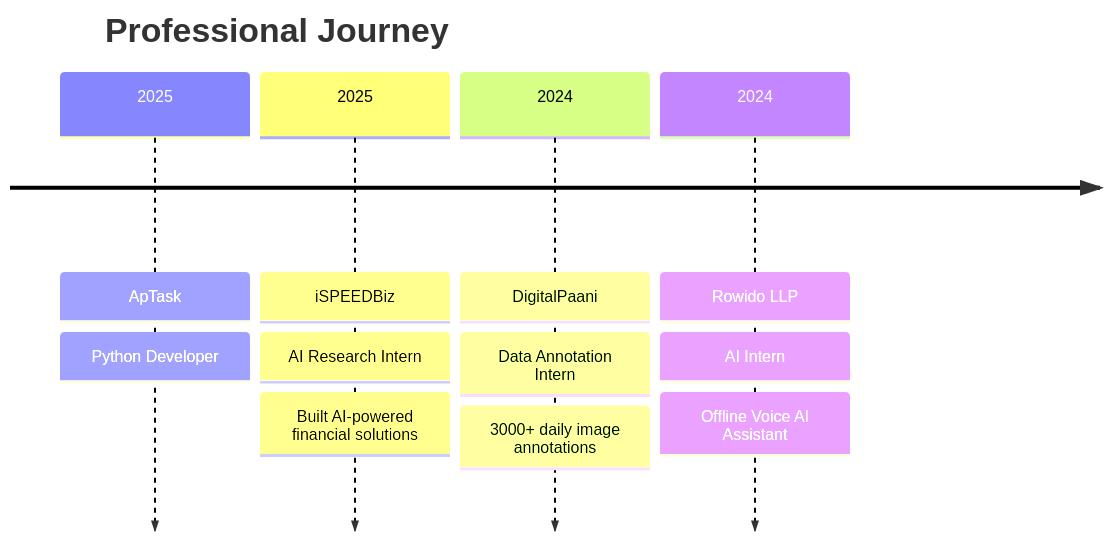
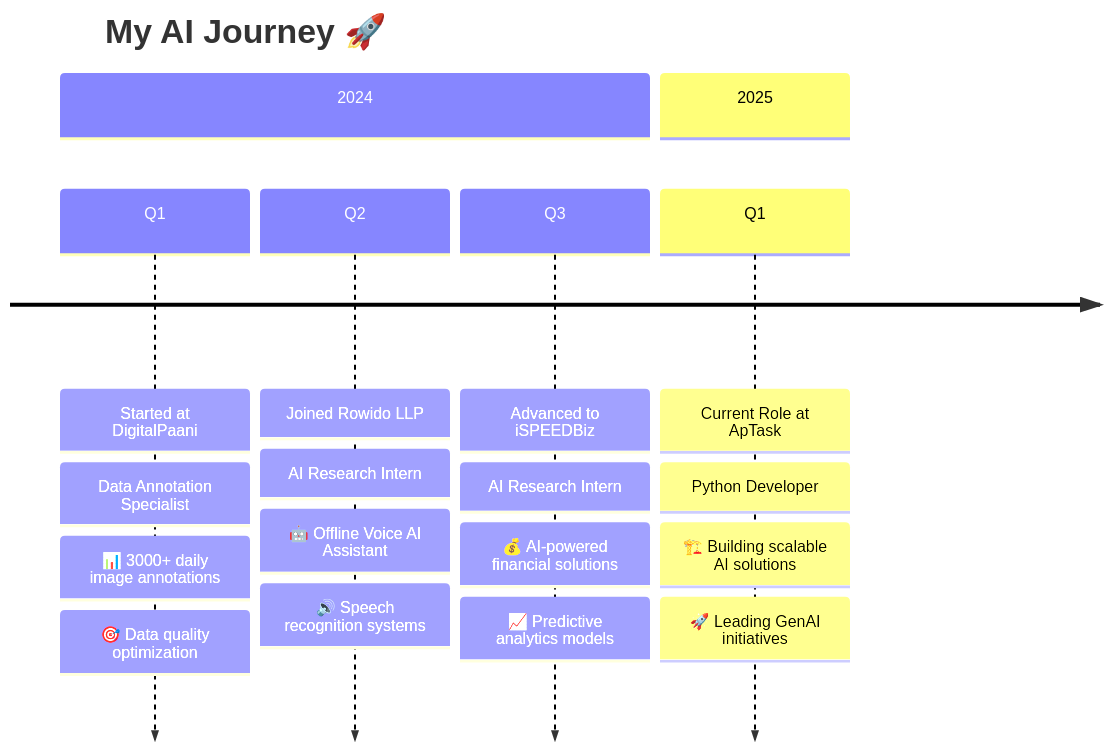
One commit to AtharvaDomale/AtharvaDomale changed the diagram in README.md. Above: the diagram before and after it, drawn with Mermaid. The commit also changed other lines of this file, not shown here.

````diff
--- a/README.md
+++ b/README.md
@@ -89,11 +159,26 @@
 ```mermaid
 timeline
-    title Professional Journey
-    2025 : ApTask : Python Developer
-    2025 : iSPEEDBiz : AI Research Intern
-         : Built AI-powered financial solutions
-    2024 : DigitalPaani : Data Annotation Intern
-         : 3000+ daily image annotations
-    2024 : Rowido LLP : AI Intern
-         : Offline Voice AI Assistant
+    title My AI Journey 🚀
+    
+    section 2024
+        Q1 : Started at DigitalPaani
+           : Data Annotation Specialist
+           : 📊 3000+ daily image annotations
+           : 🎯 Data quality optimization
+    
+        Q2 : Joined Rowido LLP
+           : AI Research Intern
+           : 🤖 Offline Voice AI Assistant
+           : 🔊 Speech recognition systems
+    
+        Q3 : Advanced to iSPEEDBiz
+           : AI Research Intern
+           : 💰 AI-powered financial solutions
+           : 📈 Predictive analytics models
+    
+    section 2025
+        Q1 : Current Role at ApTask
+           : Python Developer
+           : 🏗️ Building scalable AI solutions
+           : 🚀 Leading GenAI initiatives
 ```
````
